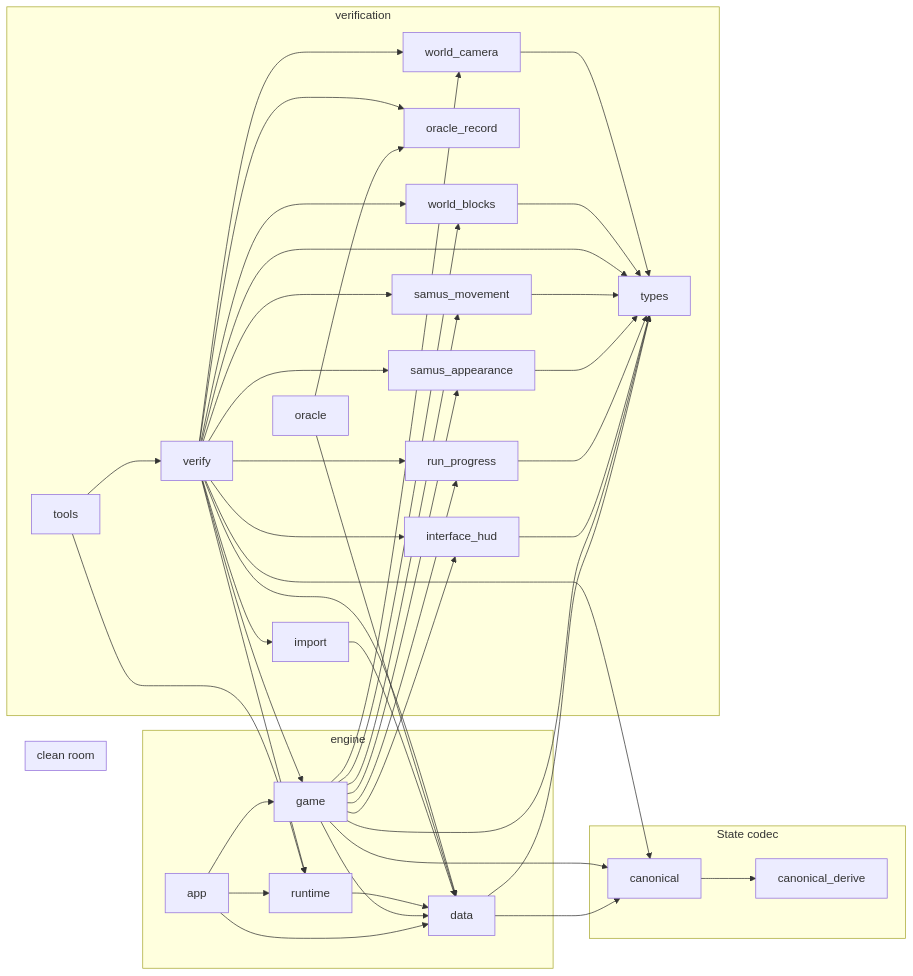
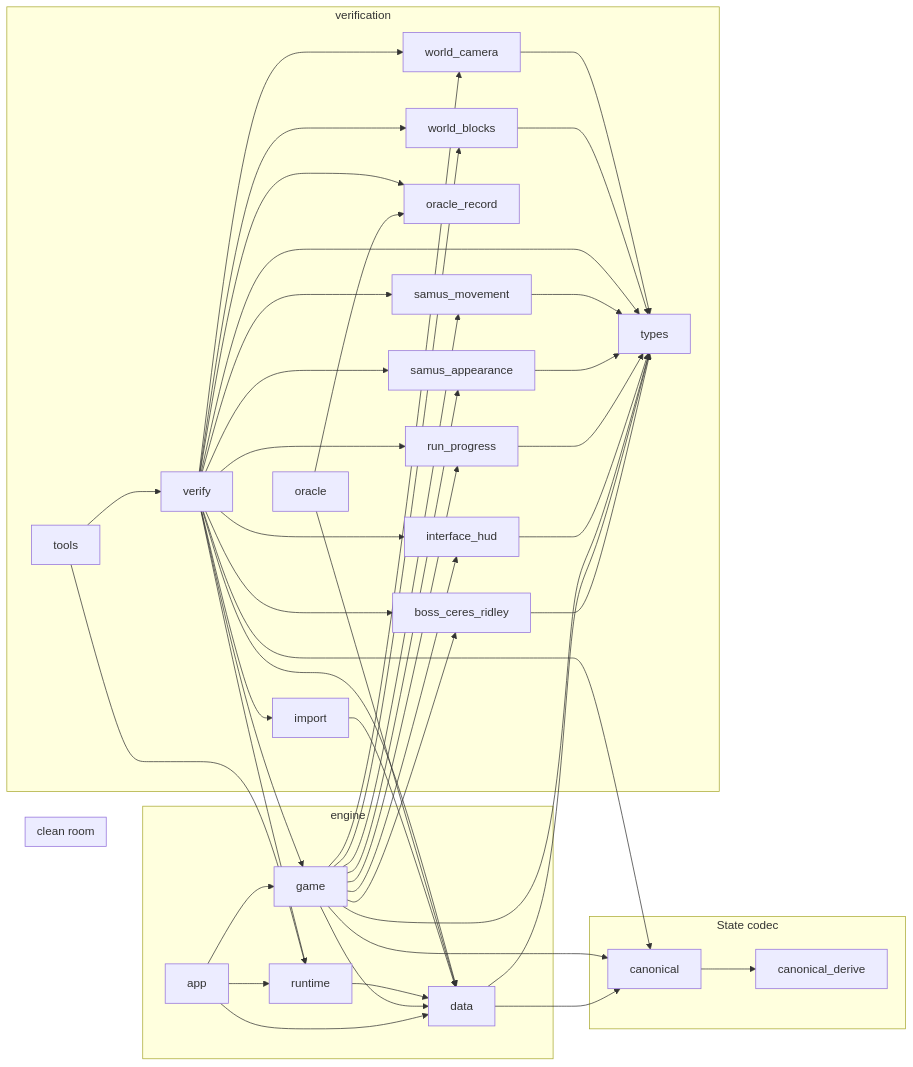
Before and after one commit to JimLundin/sm-decomp: the second of 9 diagrams in docs/REPORT.md, drawn with Mermaid. The commit also changed other lines of this file and 51 other files, not shown here.

````diff
--- a/docs/REPORT.md
+++ b/docs/REPORT.md
@@ -860,69 +920,73 @@
 ```mermaid
 graph LR
   subgraph engine["engine"]
     c_app["app"]
     c_data["data"]
     c_game["game"]
     c_runtime["runtime"]
   end
   subgraph clean["clean room"]
   end
   subgraph codec["State codec"]
     c_canonical["canonical"]
     c_canonical_derive["canonical_derive"]
   end
   subgraph verification["verification"]
+    c_boss_ceres_ridley["boss_ceres_ridley"]
     c_import["import"]
     c_interface_hud["interface_hud"]
     c_oracle["oracle"]
     c_oracle_record["oracle_record"]
     c_run_progress["run_progress"]
     c_samus_appearance["samus_appearance"]
     c_samus_movement["samus_movement"]
     c_tools["tools"]
     c_types["types"]
     c_verify["verify"]
     c_world_blocks["world_blocks"]
     c_world_camera["world_camera"]
   end
   c_app --> c_data
   c_app --> c_game
   c_app --> c_runtime
+  c_boss_ceres_ridley --> c_types
   c_canonical --> c_canonical_derive
   c_data --> c_canonical
   c_data --> c_types
+  c_game --> c_boss_ceres_ridley
   c_game --> c_canonical
   c_game --> c_data
   c_game --> c_interface_hud
   c_game --> c_run_progress
   c_game --> c_samus_appearance
   c_game --> c_samus_movement
   c_game --> c_types
   c_game --> c_world_blocks
   c_game --> c_world_camera
   c_import --> c_data
   c_interface_hud --> c_types
   c_oracle --> c_data
   c_oracle --> c_oracle_record
   c_run_progress --> c_types
   c_runtime --> c_data
   c_samus_appearance --> c_types
   c_samus_movement --> c_types
   c_tools --> c_runtime
   c_tools --> c_verify
+  c_verify --> c_boss_ceres_ridley
   c_verify --> c_canonical
   c_verify --> c_data
   c_verify --> c_game
   c_verify --> c_import
   c_verify --> c_interface_hud
   c_verify --> c_oracle_record
   c_verify --> c_run_progress
   c_verify --> c_runtime
   c_verify --> c_samus_appearance
   c_verify --> c_samus_movement
   c_verify --> c_types
   c_verify --> c_world_blocks
   c_verify --> c_world_camera
   c_world_blocks --> c_types
   c_world_camera --> c_types
 ```
````
